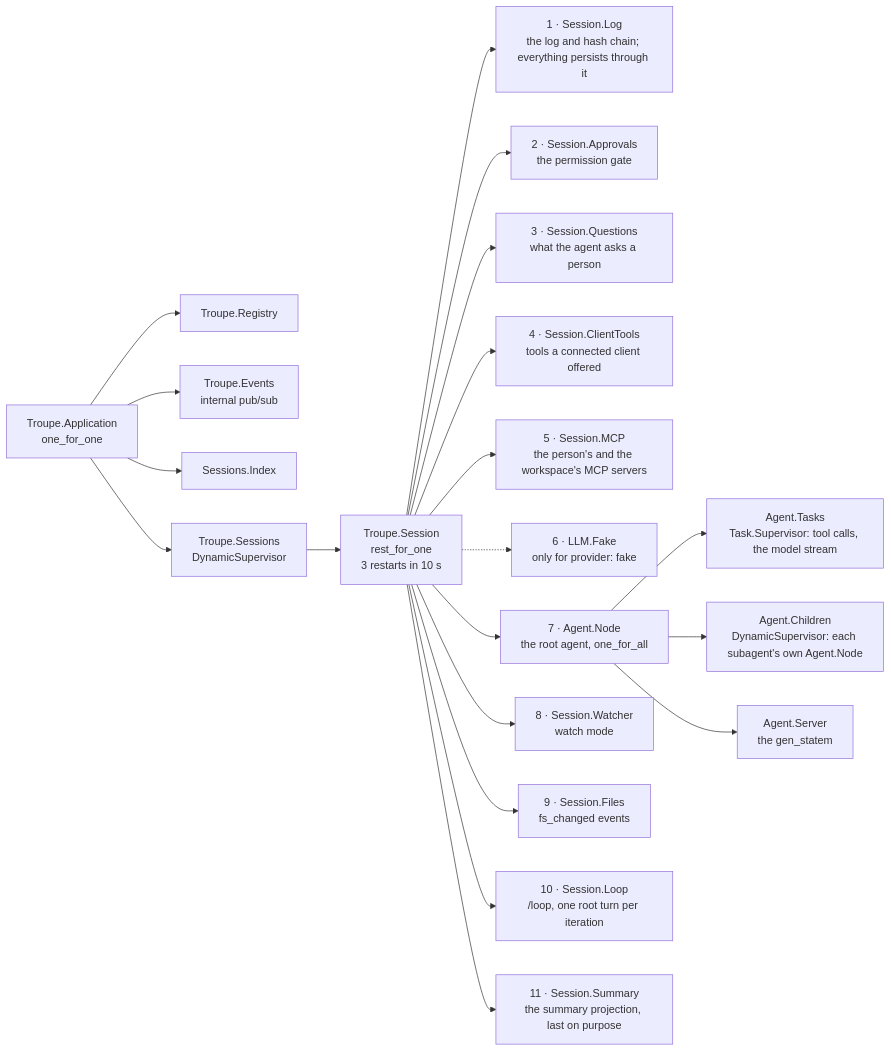
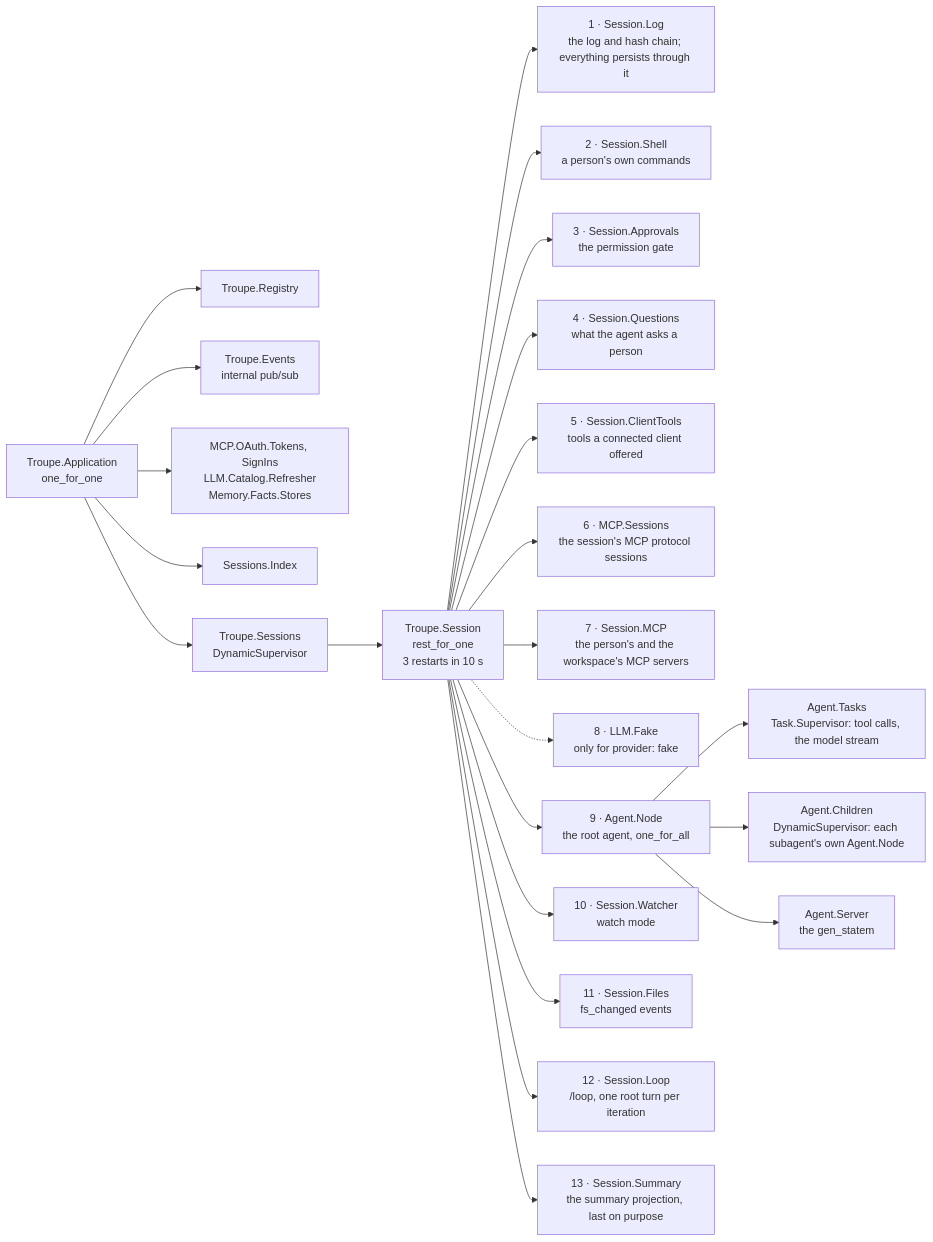
Before and after one commit to it-minds/troupe: the first of 2 diagrams in docs/developer/architecture.md, drawn with Mermaid. The commit also changed other lines of this file and 48 other files, not shown here.

First line of the commit message:
New code says why in its own words, and the developer pages say what 0.15.0 does

````diff
--- a/docs/developer/architecture.md
+++ b/docs/developer/architecture.md
@@ -65,22 +67,25 @@
 ```mermaid
 flowchart LR
   app["Troupe.Application<br/>one_for_one"] --> registry["Troupe.Registry"]
   app --> events["Troupe.Events<br/>internal pub/sub"]
+  app --> oauth["MCP.OAuth.Tokens, SignIns<br/>LLM.Catalog.Refresher<br/>Memory.Facts.Stores"]
   app --> index["Sessions.Index"]
   app --> sessions["Troupe.Sessions<br/>DynamicSupervisor"]
   sessions --> session["Troupe.Session<br/>rest_for_one<br/>3 restarts in 10 s"]
   session --> log["1 · Session.Log<br/>the log and hash chain; everything persists through it"]
-  session --> approvals["2 · Session.Approvals<br/>the permission gate"]
-  session --> questions["3 · Session.Questions<br/>what the agent asks a person"]
-  session --> clienttools["4 · Session.ClientTools<br/>tools a connected client offered"]
-  session --> mcp["5 · Session.MCP<br/>the person's and the workspace's MCP servers"]
-  session -.-> fake["6 · LLM.Fake<br/>only for provider: fake"]
-  session --> node["7 · Agent.Node<br/>the root agent, one_for_all"]
-  session --> watcher["8 · Session.Watcher<br/>watch mode"]
-  session --> files["9 · Session.Files<br/>fs_changed events"]
-  session --> loop["10 · Session.Loop<br/>/loop, one root turn per iteration"]
-  session --> summary["11 · Session.Summary<br/>the summary projection, last on purpose"]
+  session --> shell["2 · Session.Shell<br/>a person's own commands"]
+  session --> approvals["3 · Session.Approvals<br/>the permission gate"]
+  session --> questions["4 · Session.Questions<br/>what the agent asks a person"]
+  session --> clienttools["5 · Session.ClientTools<br/>tools a connected client offered"]
+  session --> mcpsessions["6 · MCP.Sessions<br/>the session's MCP protocol sessions"]
+  session --> mcp["7 · Session.MCP<br/>the person's and the workspace's MCP servers"]
+  session -.-> fake["8 · LLM.Fake<br/>only for provider: fake"]
+  session --> node["9 · Agent.Node<br/>the root agent, one_for_all"]
+  session --> watcher["10 · Session.Watcher<br/>watch mode"]
+  session --> files["11 · Session.Files<br/>fs_changed events"]
+  session --> loop["12 · Session.Loop<br/>/loop, one root turn per iteration"]
+  session --> summary["13 · Session.Summary<br/>the summary projection, last on purpose"]
   node --> tasks["Agent.Tasks<br/>Task.Supervisor: tool calls, the model stream"]
   node --> children["Agent.Children<br/>DynamicSupervisor: each subagent's own Agent.Node"]
   node --> server["Agent.Server<br/>the gen_statem"]
 ```
````
